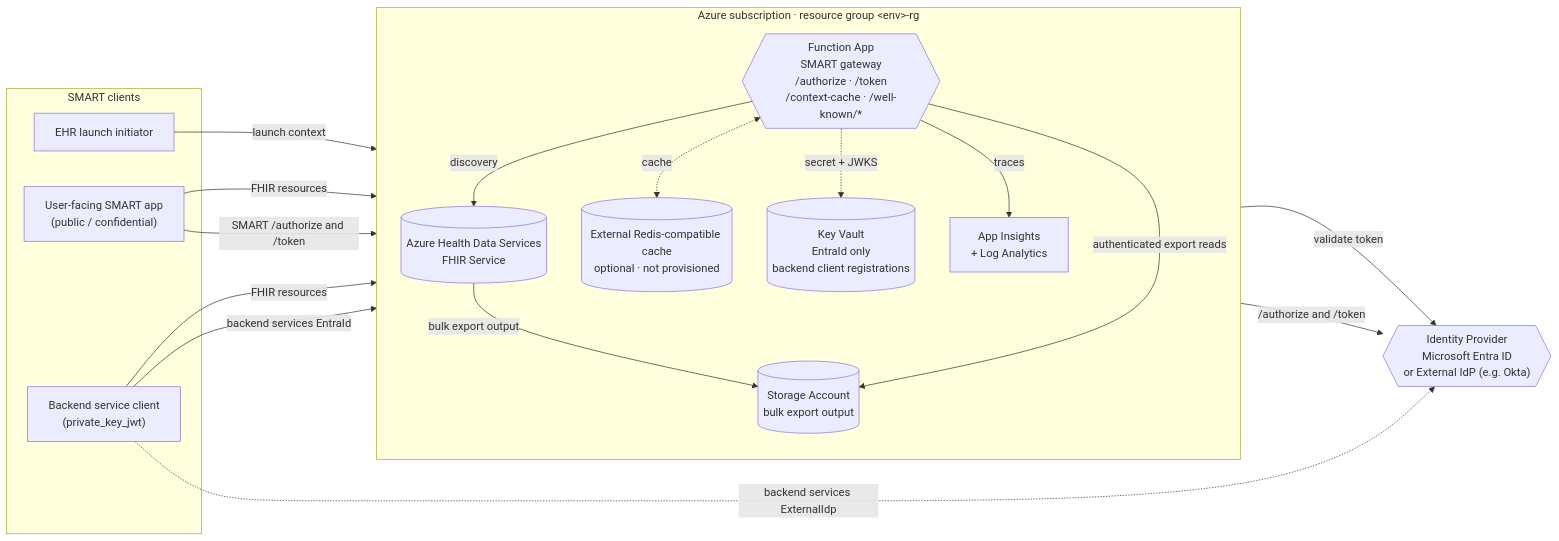
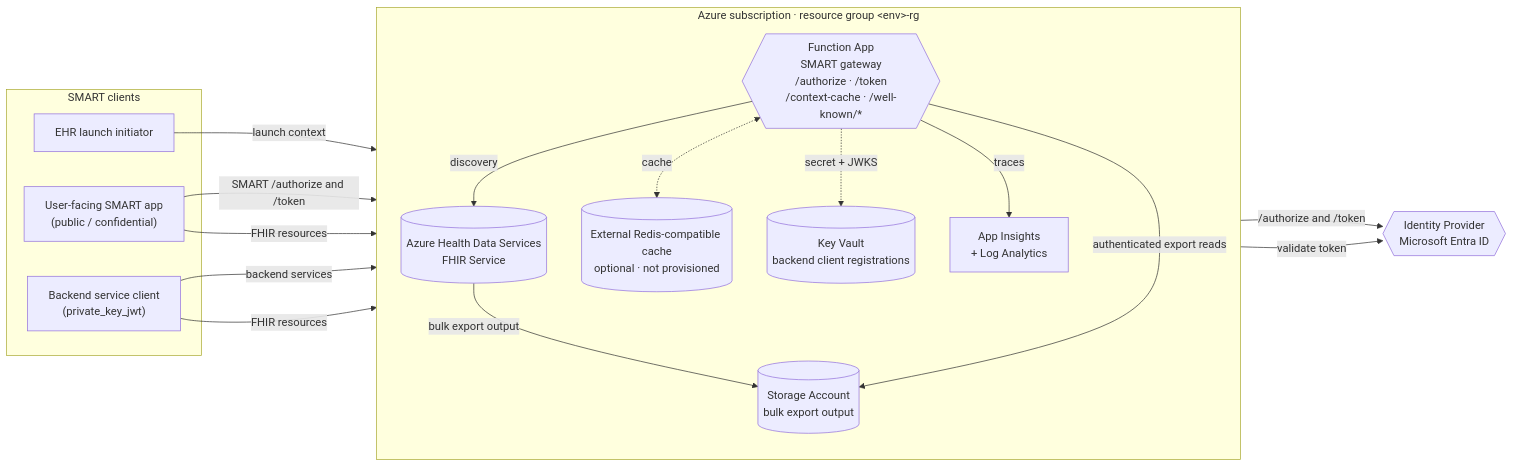
Before and after one commit to Azure-Samples/azure-health-data-and-ai-samples: the diagram in samples/patientandpopulationservices-smartnative-oncg10-smart-v2/README.md, drawn with Mermaid. The commit also changed other lines of this file and 6 other files, not shown here.

````diff
--- a/samples/patientandpopulationservices-smartnative-oncg10-smart-v2/README.md
+++ b/samples/patientandpopulationservices-smartnative-oncg10-smart-v2/README.md
@@ -67,37 +70,36 @@
 ```mermaid
 flowchart LR
     subgraph Clients["SMART clients"]
         EHR["EHR launch initiator"]
         UApp["User-facing SMART app<br/>(public / confidential)"]
         BApp["Backend service client<br/>(private_key_jwt)"]
     end
 
     subgraph Azure["Azure subscription · resource group &lt;env&gt;-rg"]
         direction TB
         GW{{"Function App<br/>SMART gateway<br/>/authorize · /token<br/>/context-cache · /well-known/*"}}
         Cache[("External Redis-compatible cache<br/>optional · not provisioned")]
-        KV[("Key Vault<br/>EntraId only<br/>backend client registrations")]
+        KV[("Key Vault<br/>backend client registrations")]
         Export[("Storage Account<br/>bulk export output")]
         FHIR[("Azure Health Data Services<br/>FHIR Service")]
         Insights["App Insights<br/>+ Log Analytics"]
     end
 
-    IdP{{"Identity Provider<br/>Microsoft Entra ID<br/>or External IdP (e.g. Okta)"}}
+    IdP{{"Identity Provider<br/>Microsoft Entra ID"}}
 
     EHR -->|launch context| GW
     UApp -->|SMART /authorize and /token| GW
-    BApp -->|backend services EntraId| GW
-    BApp -.->|backend services ExternalIdp| IdP
+    BApp -->|backend services| GW
 
     GW -->|discovery| FHIR
     GW -->|/authorize and /token| IdP
     GW <-.->|cache| Cache
     GW -.->|secret + JWKS| KV
     FHIR -->|bulk export output| Export
     GW -->|authenticated export reads| Export
     GW -->|traces| Insights
 
     UApp -->|FHIR resources| FHIR
     BApp -->|FHIR resources| FHIR
     FHIR -->|validate token| IdP
 ```
````
